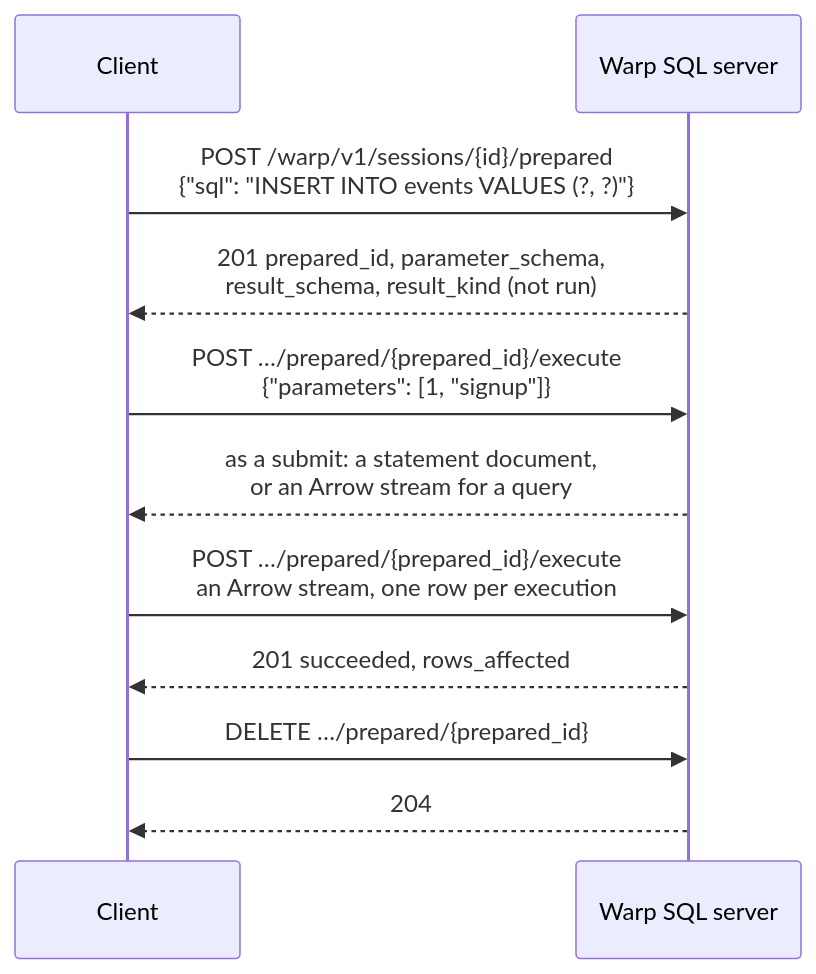
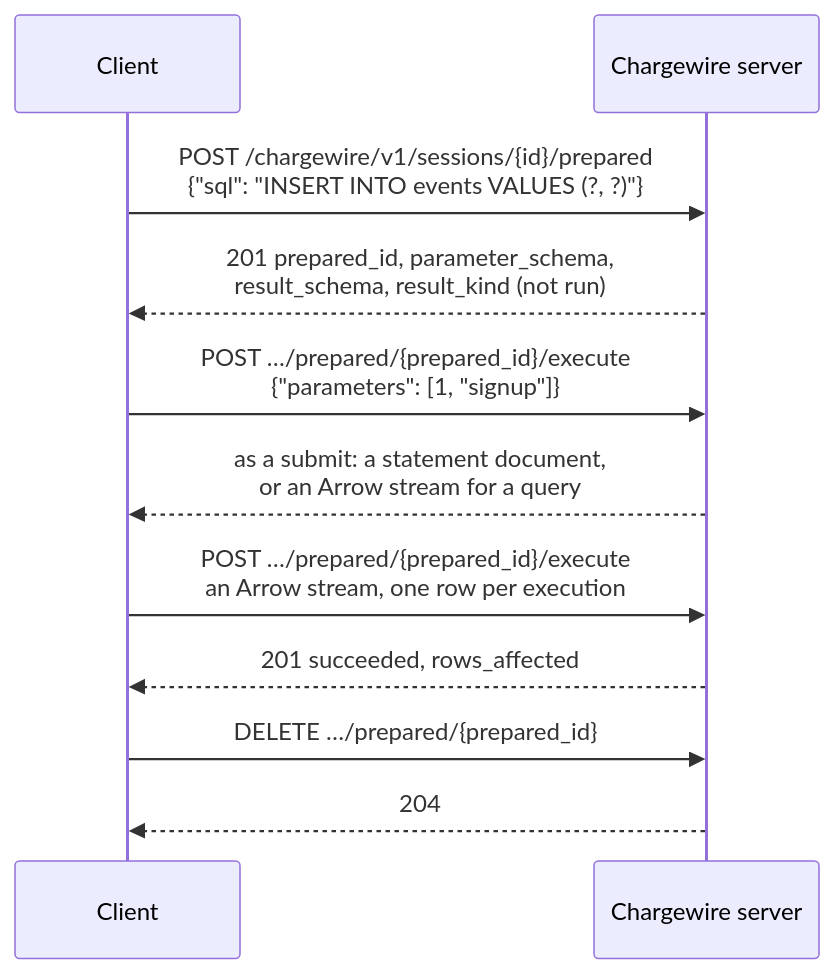
One commit to gizmodata/chargewire changed the diagram in site/src/diagrams/prepared-statements.mmd. Above: the diagram before and after it, drawn with Mermaid. The commit also changed 211 other files, not shown here.

```diff
--- a/site/src/diagrams/prepared-statements.mmd
+++ b/site/src/diagrams/prepared-statements.mmd
@@ -1,11 +1,11 @@
 sequenceDiagram
   participant C as Client
-  participant S as Warp SQL server
-  C->>S: POST /warp/v1/sessions/{id}/prepared<br/>{"sql": "INSERT INTO events VALUES (?, ?)"}
+  participant S as Chargewire server
+  C->>S: POST /chargewire/v1/sessions/{id}/prepared<br/>{"sql": "INSERT INTO events VALUES (?, ?)"}
   S-->>C: 201 prepared_id, parameter_schema,<br/>result_schema, result_kind (not run)
   C->>S: POST …/prepared/{prepared_id}/execute<br/>{"parameters": [1, "signup"]}
   S-->>C: as a submit: a statement document,<br/>or an Arrow stream for a query
   C->>S: POST …/prepared/{prepared_id}/execute<br/>an Arrow stream, one row per execution
   S-->>C: 201 succeeded, rows_affected
   C->>S: DELETE …/prepared/{prepared_id}
   S-->>C: 204
```
